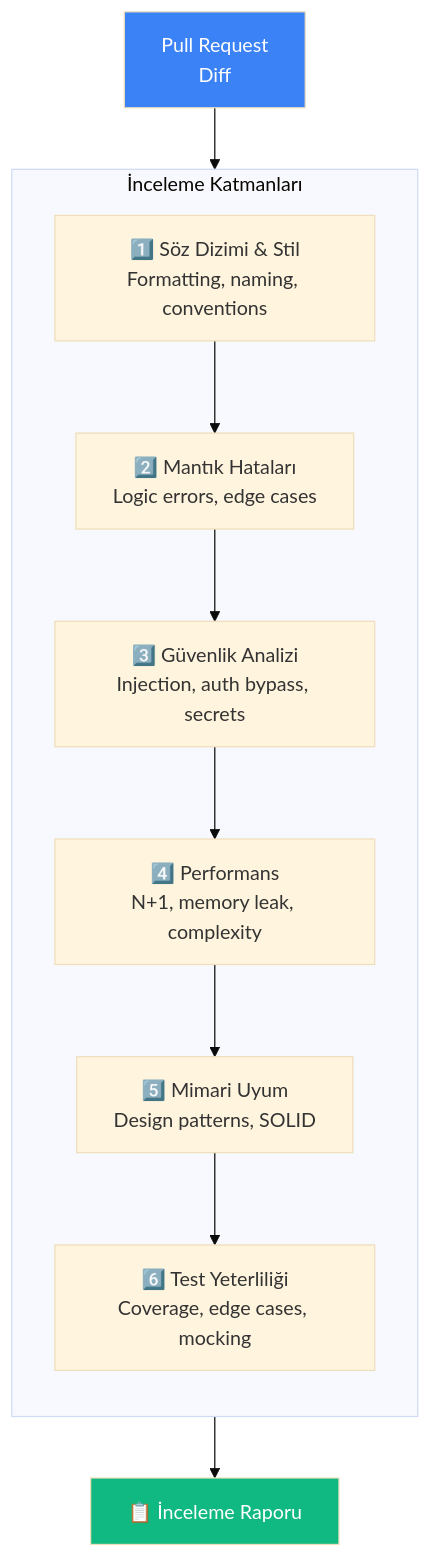
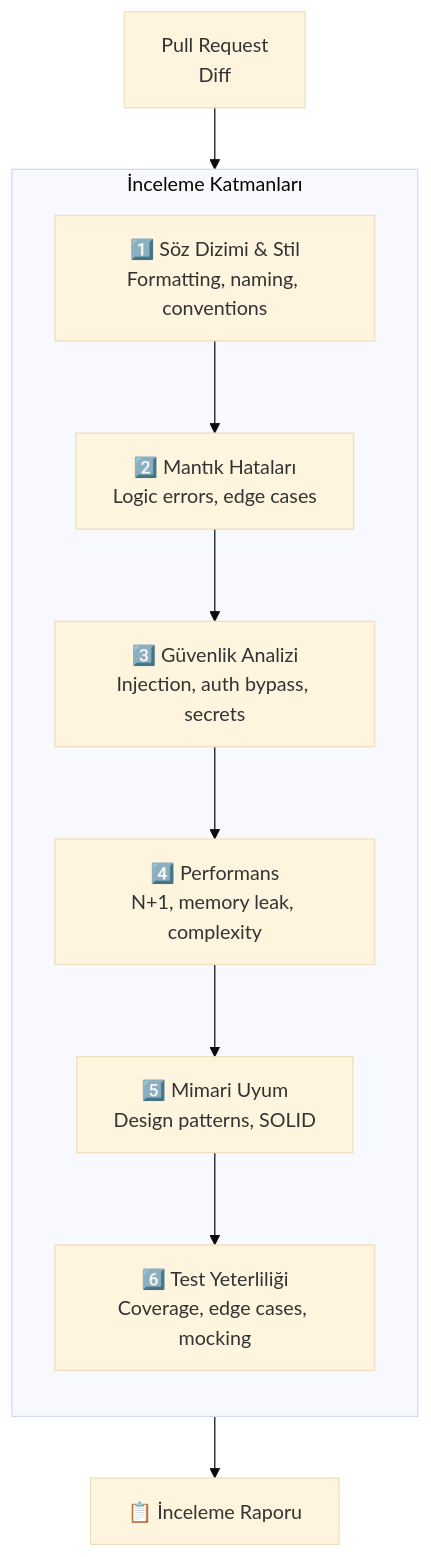
The second of 3 diagrams in 16-cicd-ve-devops/03-kod-inceleme-otomasyonu.md (IzzetYasinAtes/ClaudeCodeHandbook), drawn with Mermaid (base theme) before and after one commit. The commit also changed other lines of this file and 97 other files, not shown here.

Commit message:
Remove all custom Mermaid style/fill colors from 98 markdown files for consistent dark theme rendering

````diff
--- a/16-cicd-ve-devops/03-kod-inceleme-otomasyonu.md
+++ b/16-cicd-ve-devops/03-kod-inceleme-otomasyonu.md
@@ -47,21 +45,19 @@
 ```mermaid
 flowchart TB
     PR["Pull Request<br/>Diff"] --> L1
 
     subgraph layers ["İnceleme Katmanları"]
         direction TB
         L1["1️⃣ Söz Dizimi & Stil<br/>Formatting, naming, conventions"]
         L2["2️⃣ Mantık Hataları<br/>Logic errors, edge cases"]
         L3["3️⃣ Güvenlik Analizi<br/>Injection, auth bypass, secrets"]
         L4["4️⃣ Performans<br/>N+1, memory leak, complexity"]
         L5["5️⃣ Mimari Uyum<br/>Design patterns, SOLID"]
         L6["6️⃣ Test Yeterliliği<br/>Coverage, edge cases, mocking"]
     end
 
     L1 --> L2 --> L3 --> L4 --> L5 --> L6
 
     L6 --> REPORT["📋 İnceleme Raporu"]
 
-    style PR fill:#3B82F6,color:#fff
-    style REPORT fill:#10B981,color:#fff
 ```
````
